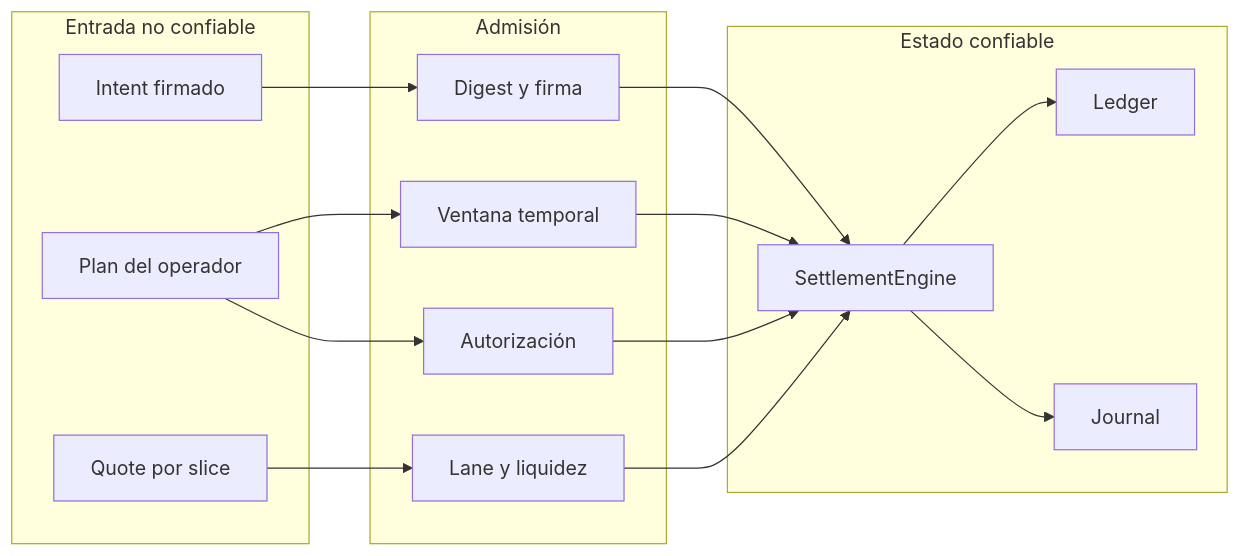
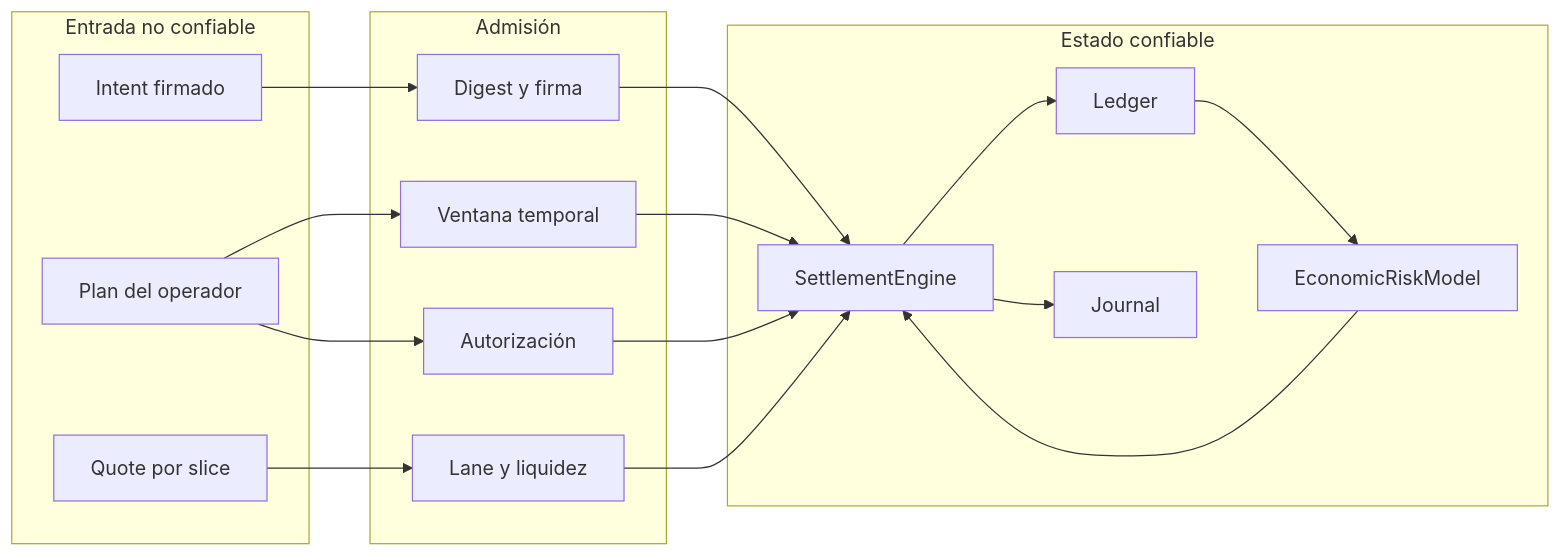
One commit to SolguardLabs/AetherDTL changed the first of 2 diagrams in SECURITY.md. Above: the diagram before and after it, drawn with Mermaid. The commit also changed other lines of this file and 16 other files, not shown here.

````diff
--- a/SECURITY.md
+++ b/SECURITY.md
@@ -29,29 +29,32 @@
 ```mermaid
 flowchart LR
     subgraph Untrusted["Entrada no confiable"]
         I["Intent firmado"]
         P["Plan del operador"]
         Q["Quote por slice"]
     end
     subgraph Admission["Admisión"]
         D["Digest y firma"]
         T["Ventana temporal"]
         A["Autorización"]
         L["Lane y liquidez"]
     end
     subgraph State["Estado confiable"]
         E["SettlementEngine"]
         G["Ledger"]
         J["Journal"]
+        C["EconomicRiskModel"]
     end
     I --> D
     P --> T
     P --> A
     Q --> L
     D --> E
     T --> E
     A --> E
     L --> E
     E --> G
+    G --> C
+    C --> E
     E --> J
 ```
````
